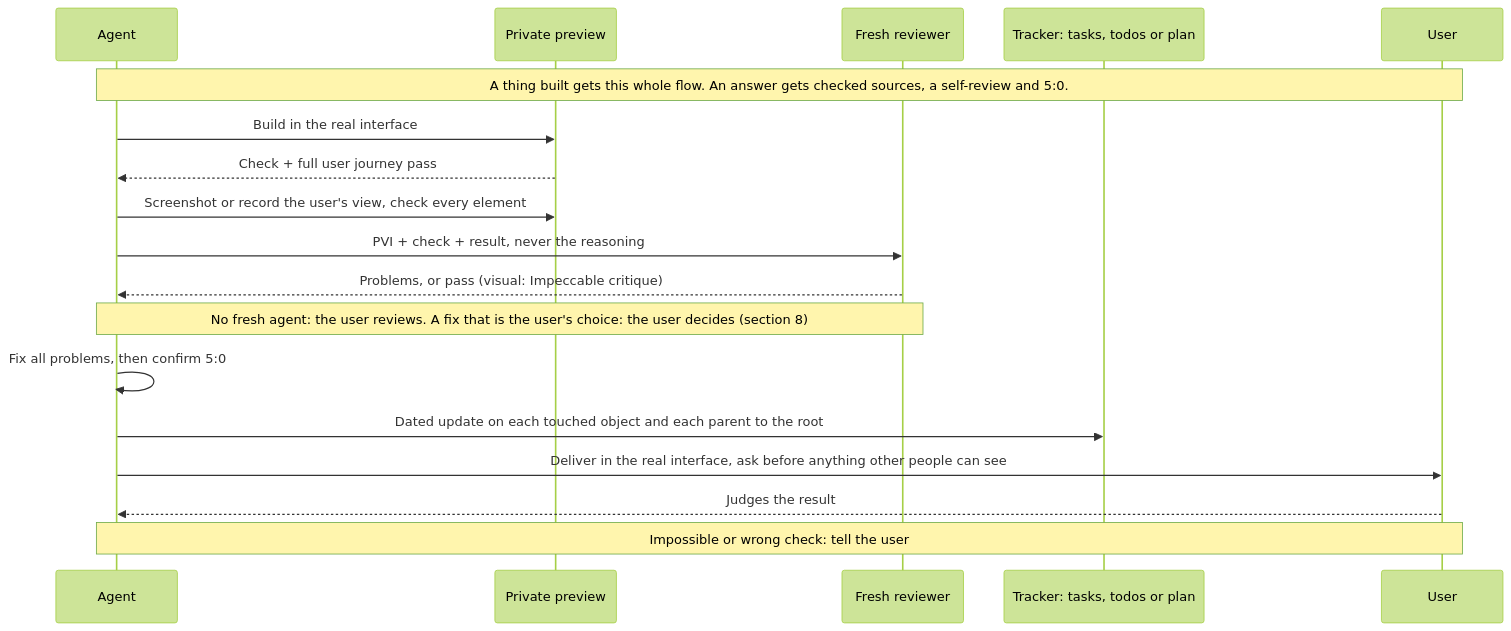
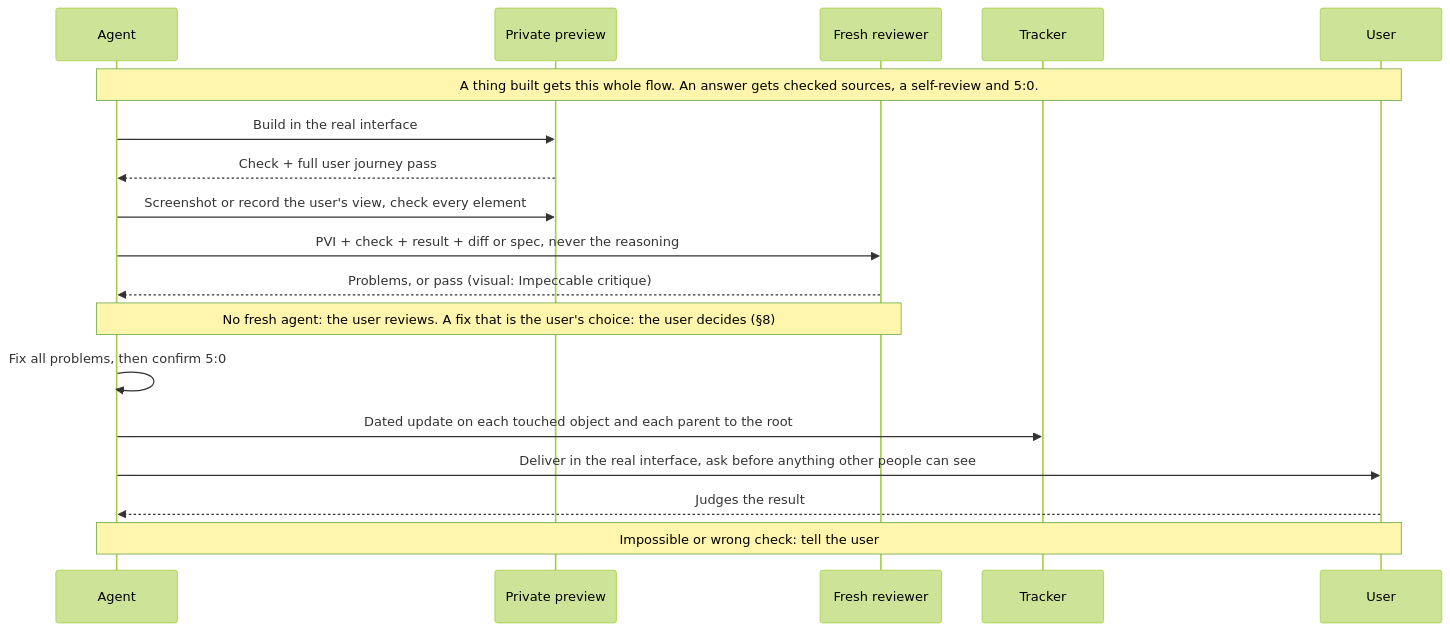
One commit to SolenixAI/arbiter changed diagram 11 of 14 in AGENTS.md. Above: the diagram before and after it, drawn with Mermaid (forest theme). The commit also changed other lines of this file, not shown here.

````diff
--- a/AGENTS.md
+++ b/AGENTS.md
@@ -450,20 +454,20 @@
 ```mermaid
 sequenceDiagram
   participant A as Agent
   participant P as Private preview
   participant R as Fresh reviewer
-  participant T as Tracker: tasks, todos or plan
+  participant T as Tracker
   participant U as User
   Note over A,U: A thing built gets this whole flow. An answer gets checked sources, a self-review and 5:0.
   A->>P: Build in the real interface
   P-->>A: Check + full user journey pass
   A->>P: Screenshot or record the user's view, check every element
-  A->>R: PVI + check + result, never the reasoning
+  A->>R: PVI + check + result + diff or spec, never the reasoning
   R-->>A: Problems, or pass (visual: Impeccable critique)
-  Note over A,R: No fresh agent: the user reviews. A fix that is the user's choice: the user decides (section 8)
+  Note over A,R: No fresh agent: the user reviews. A fix that is the user's choice: the user decides (§8)
   A->>A: Fix all problems, then confirm 5:0
   A->>T: Dated update on each touched object and each parent to the root
   A->>U: Deliver in the real interface, ask before anything other people can see
   U-->>A: Judges the result
   Note over A,U: Impossible or wrong check: tell the user
 ```
````
